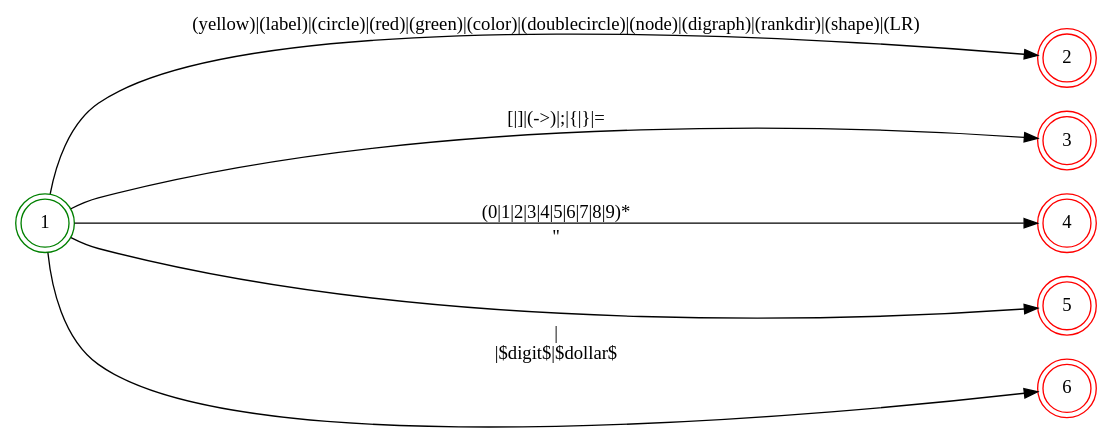
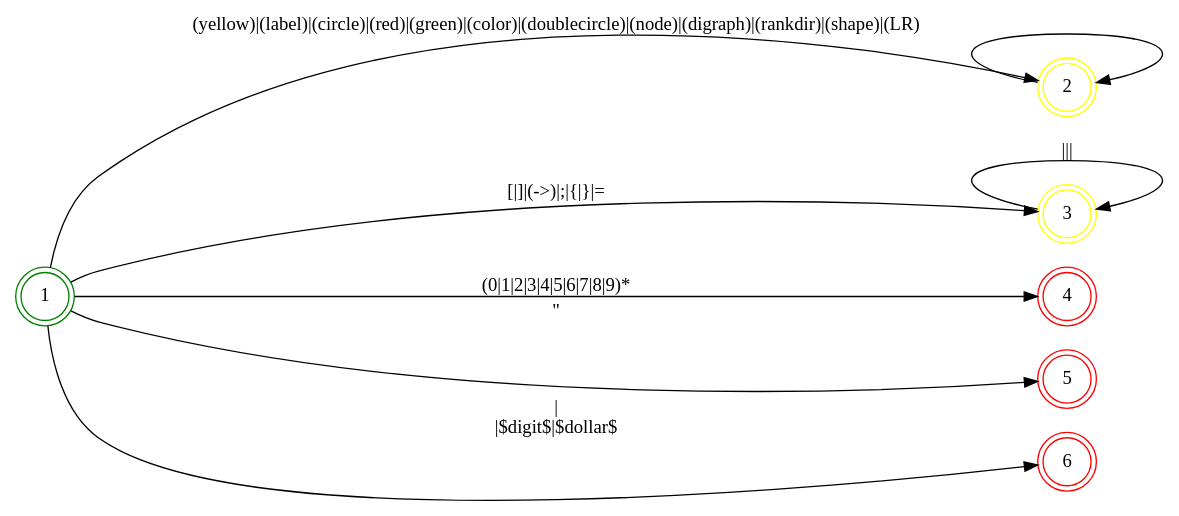
Before and after one commit to v012345/lua5.4.4: the diagram in scripts/lua/dot/NDF.dot, drawn with Graphviz. The commit also changed 2 other files, not shown here.

```diff
--- a/scripts/lua/dot/NDF.dot
+++ b/scripts/lua/dot/NDF.dot
@@ -1,16 +1,18 @@
 digraph NDF {
     rankdir = LR;
     node [shape = doublecircle;];
     1 [color = green;];
-    2 [color = red;];
-    3 [color = red;];
+    2 [color = yellow;];
+    3 [color = yellow;];
     4 [color = red;];
     5 [color = red;];
     6 [color = red;];
     node [shape = circle;];
     1 -> 2 [label = "(yellow)|(label)|(circle)|(red)|(green)|(color)|(doublecircle)|(node)|(digraph)|(rankdir)|(shape)|(LR)";];
     1 -> 3 [label = "[|]|(->)|;|{|}|=";];
     1 -> 4 [label = "(0|1|2|3|4|5|6|7|8|9)*";];
     1 -> 5 [label = "\"";];
     1 -> 6 [label = " |\n|$digit$|$dollar$";];
+    2 -> 2 [label = "";];
+    3 -> 3 [label = "|||";];
 }
```
